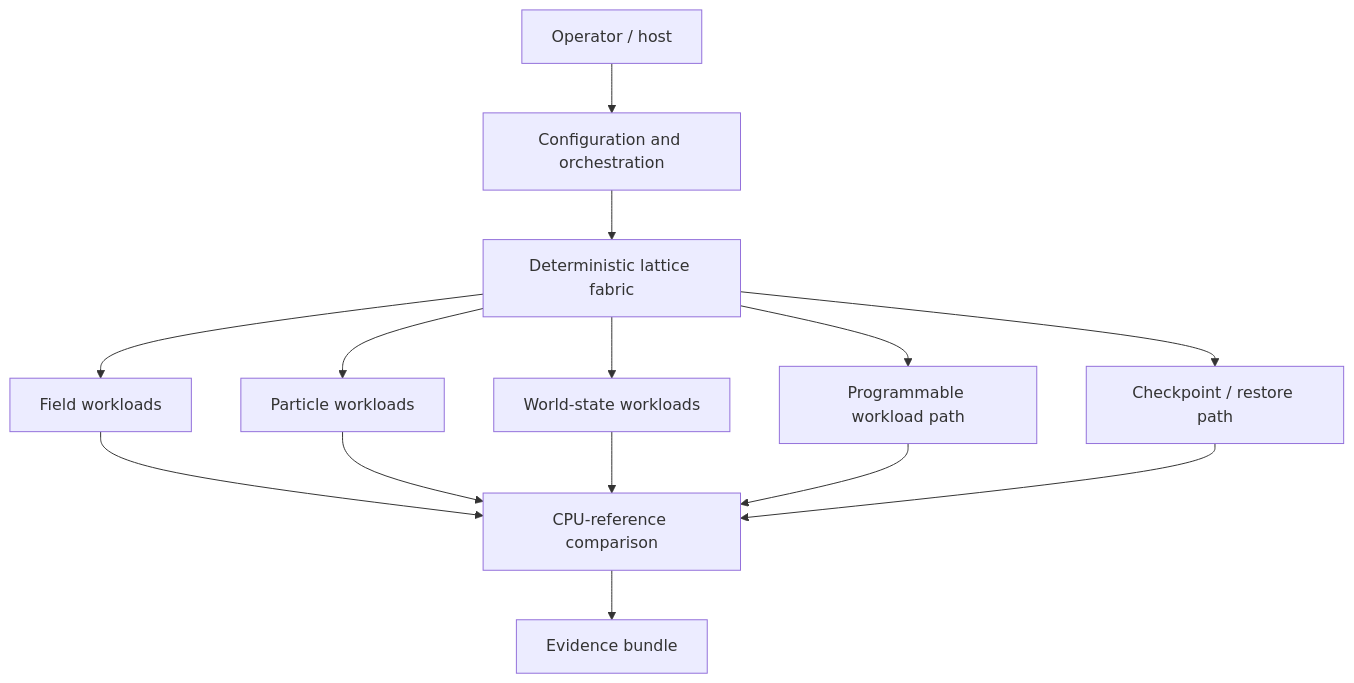
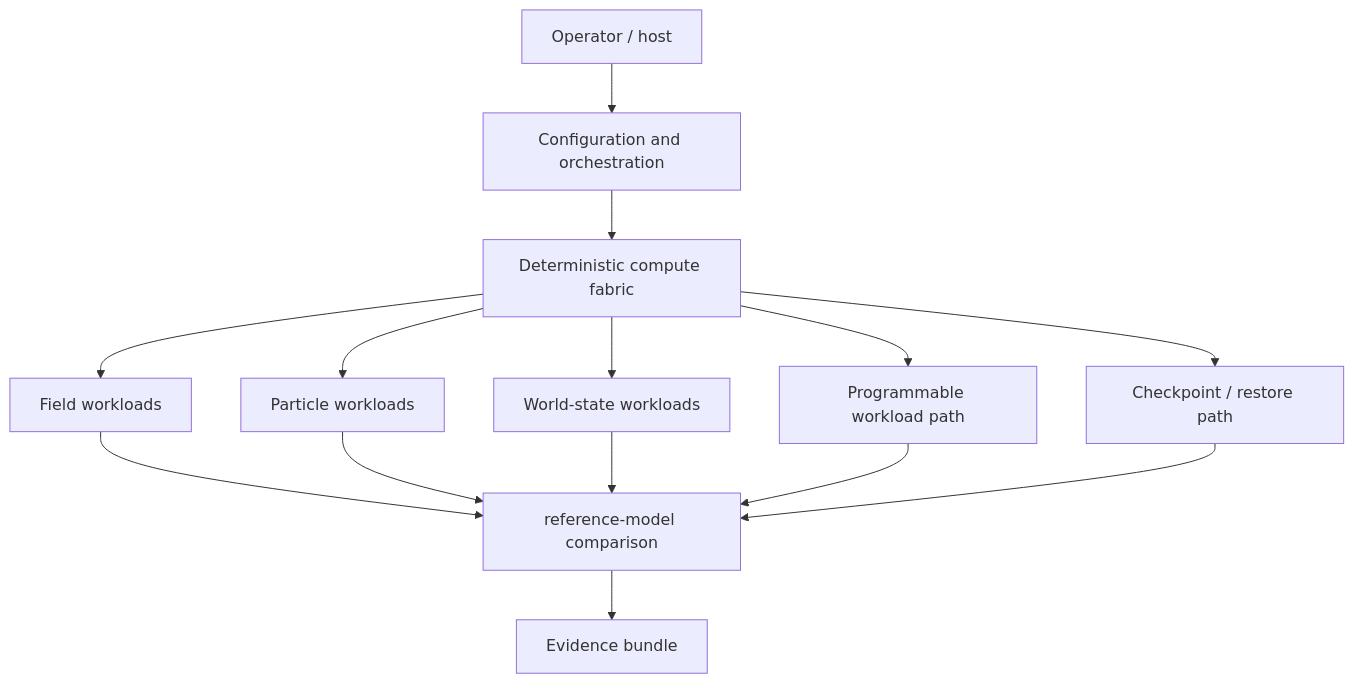
The first of 2 diagrams in ARCHITECTURE_OVERVIEW.md (Martin123132/FLX1.0), drawn with Mermaid before and after one commit. The commit also changed other lines of this file and 468 other files, not shown here.

````diff
--- a/ARCHITECTURE_OVERVIEW.md
+++ b/ARCHITECTURE_OVERVIEW.md
@@ -15,16 +13,16 @@
 ```mermaid
 flowchart TB
     A["Operator / host"] --> B["Configuration and orchestration"]
-    B --> C["Deterministic lattice fabric"]
+    B --> C["Deterministic compute fabric"]
     C --> D["Field workloads"]
     C --> E["Particle workloads"]
     C --> F["World-state workloads"]
     C --> G["Programmable workload path"]
     C --> H["Checkpoint / restore path"]
-    D --> I["CPU-reference comparison"]
+    D --> I["reference-model comparison"]
     E --> I
     F --> I
     G --> I
     H --> I
     I --> J["Evidence bundle"]
 ```
````
